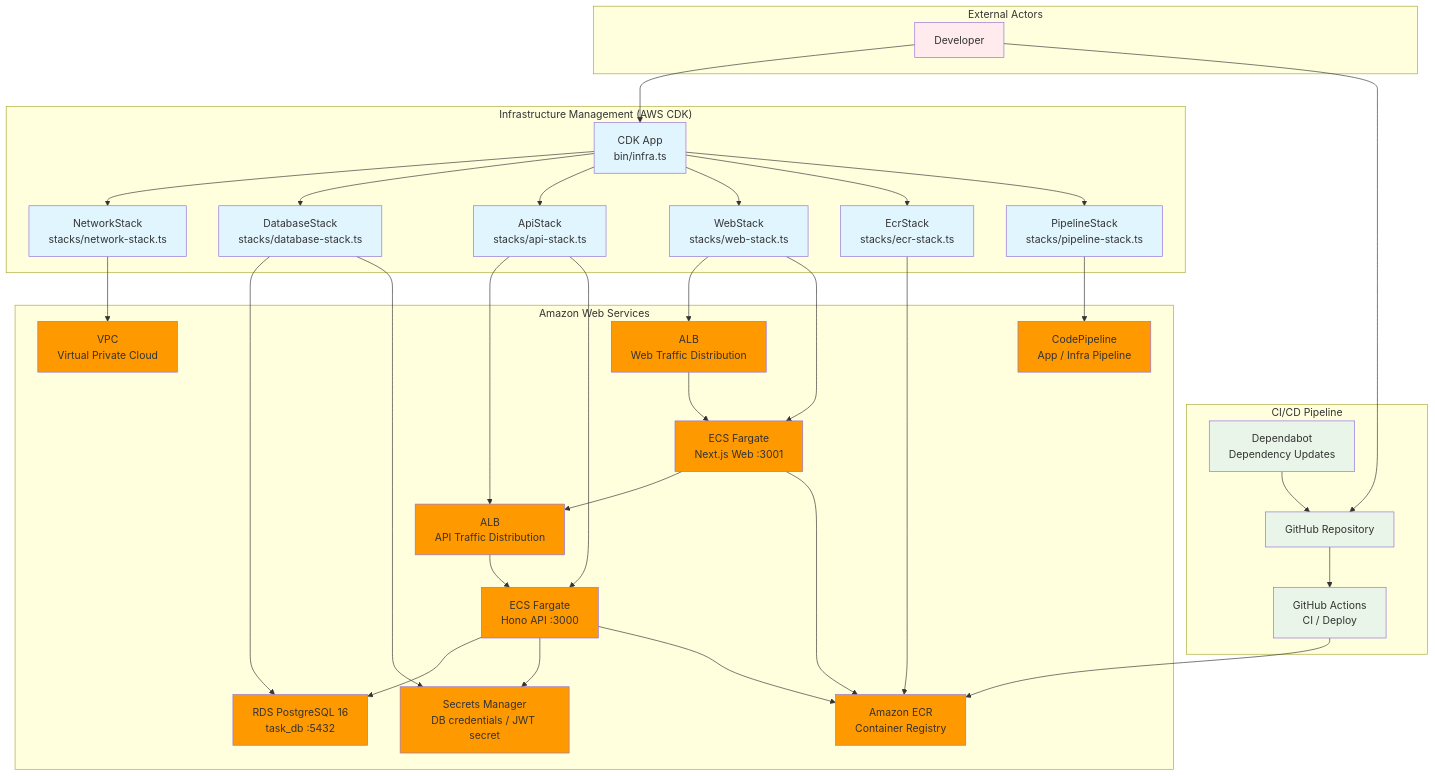
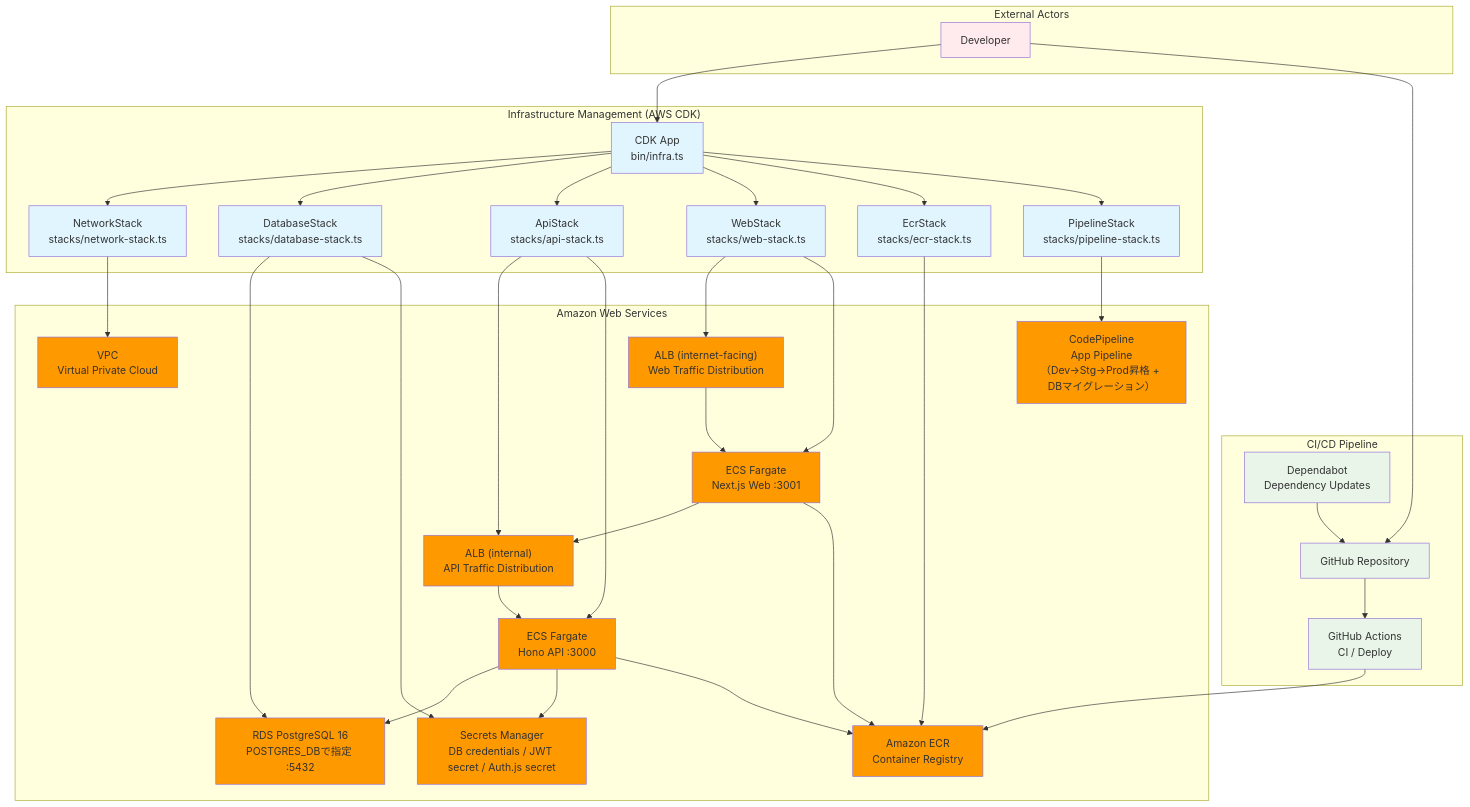
One commit to kenwoo9y/forge-ts-example changed the first of 5 diagrams in docs/infra-architecture.md. Above: the diagram before and after it, drawn with Mermaid. The commit also changed other lines of this file, not shown here.

````diff
--- a/docs/infra-architecture.md
+++ b/docs/infra-architecture.md
@@ -7,80 +7,80 @@
 ```mermaid
 graph TB
     subgraph "External Actors"
         DEV[Developer]
     end
 
     subgraph "Infrastructure Management (AWS CDK)"
         CDK_APP["CDK App<br/>bin/infra.ts"]
         NETWORK_STACK["NetworkStack<br/>stacks/network-stack.ts"]
         DATABASE_STACK["DatabaseStack<br/>stacks/database-stack.ts"]
         API_STACK["ApiStack<br/>stacks/api-stack.ts"]
         WEB_STACK["WebStack<br/>stacks/web-stack.ts"]
         ECR_STACK["EcrStack<br/>stacks/ecr-stack.ts"]
         PIPELINE_STACK["PipelineStack<br/>stacks/pipeline-stack.ts"]
     end
 
     subgraph "Amazon Web Services"
         VPC["VPC<br/>Virtual Private Cloud"]
-        ALB_API["ALB<br/>API Traffic Distribution"]
-        ALB_WEB["ALB<br/>Web Traffic Distribution"]
+        ALB_API["ALB (internal)<br/>API Traffic Distribution"]
+        ALB_WEB["ALB (internet-facing)<br/>Web Traffic Distribution"]
         ECS_API["ECS Fargate<br/>Hono API :3000"]
         ECS_WEB["ECS Fargate<br/>Next.js Web :3001"]
-        RDS["RDS PostgreSQL 16<br/>task_db :5432"]
+        RDS["RDS PostgreSQL 16<br/>POSTGRES_DBで指定 :5432"]
         ECR["Amazon ECR<br/>Container Registry"]
-        SM["Secrets Manager<br/>DB credentials / JWT secret"]
-        CODEPIPELINE["CodePipeline<br/>App / Infra Pipeline"]
+        SM["Secrets Manager<br/>DB credentials / JWT secret / Auth.js secret"]
+        CODEPIPELINE["CodePipeline<br/>App Pipeline（Dev→Stg→Prod昇格 + DBマイグレーション）"]
     end
 
     subgraph "CI/CD Pipeline"
         GITHUB["GitHub Repository"]
         GITHUB_ACTIONS["GitHub Actions<br/>CI / Deploy"]
         DEPENDABOT["Dependabot<br/>Dependency Updates"]
     end
 
     %% Development Flow
     DEV --> CDK_APP
     CDK_APP --> NETWORK_STACK
     CDK_APP --> DATABASE_STACK
     CDK_APP --> API_STACK
     CDK_APP --> WEB_STACK
     CDK_APP --> ECR_STACK
     CDK_APP --> PIPELINE_STACK
 
     %% Infrastructure Resources
     NETWORK_STACK --> VPC
     DATABASE_STACK --> RDS
     DATABASE_STACK --> SM
     API_STACK --> ALB_API
     API_STACK --> ECS_API
     WEB_STACK --> ALB_WEB
     WEB_STACK --> ECS_WEB
     ECR_STACK --> ECR
     PIPELINE_STACK --> CODEPIPELINE
 
     %% Service Connections
     ALB_API --> ECS_API
     ALB_WEB --> ECS_WEB
     ECS_API --> RDS
     ECS_API --> SM
     ECS_WEB --> ALB_API
     ECS_API --> ECR
     ECS_WEB --> ECR
 
     %% CI/CD
     DEV --> GITHUB
     GITHUB --> GITHUB_ACTIONS
     GITHUB_ACTIONS --> ECR
     DEPENDABOT --> GITHUB
 
     %% Styles
     classDef actorClass fill:#ffebee
     classDef infraClass fill:#e1f5fe
     classDef awsClass fill:#ff9900
     classDef ciCdClass fill:#e8f5e8
 
     class DEV actorClass
     class CDK_APP,NETWORK_STACK,DATABASE_STACK,API_STACK,WEB_STACK,ECR_STACK,PIPELINE_STACK infraClass
     class VPC,ALB_API,ALB_WEB,ECS_API,ECS_WEB,RDS,ECR,SM,CODEPIPELINE awsClass
     class GITHUB,GITHUB_ACTIONS,DEPENDABOT ciCdClass
 ```
````
